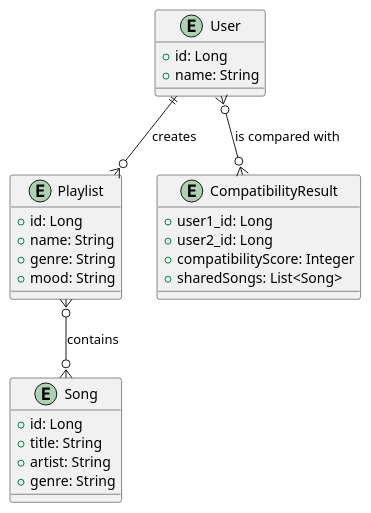
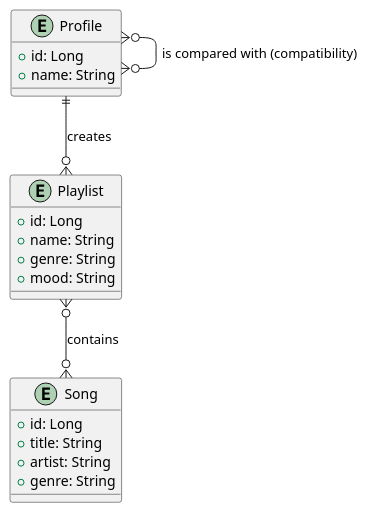
Before and after one commit to Fati01600/MuzzPlayer: the diagram in src/main/java/Diagrams/ERD.puml, drawn with PlantUML. The commit also changed 35 other files, not shown here.

```diff
--- a/src/main/java/Diagrams/ERD.puml
+++ b/src/main/java/Diagrams/ERD.puml
@@ -1,31 +1,24 @@
 @startuml
-entity "User" as U {
+entity "Profile" as PR {
   +id: Long
   +name: String
 }
 
 entity "Playlist" as P {
   +id: Long
   +name: String
   +genre: String
   +mood: String
 }
 
 entity "Song" as S {
   +id: Long
   +title: String
   +artist: String
   +genre: String
 }
 
-entity "CompatibilityResult" as CR {
-  +user1_id: Long
-  +user2_id: Long
-  +compatibilityScore: Integer
-  +sharedSongs: List<Song>
-}
-
-U ||--o{ P : "creates"
+PR ||--o{ P : "creates"
 P }o--o{ S : "contains"
-U }o--o{ CR : "is compared with"
+PR }o--o{ PR : "is compared with (compatibility)"
 @enduml
```
